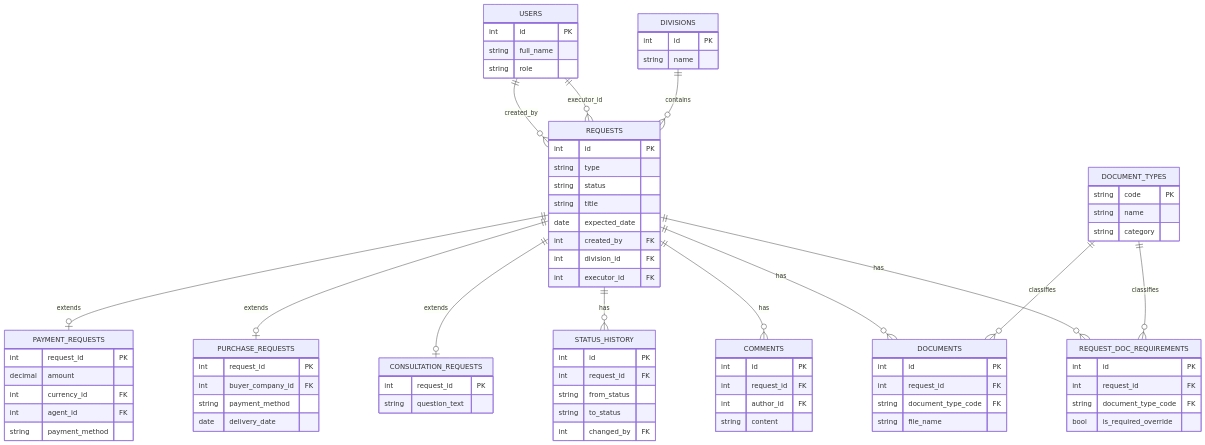
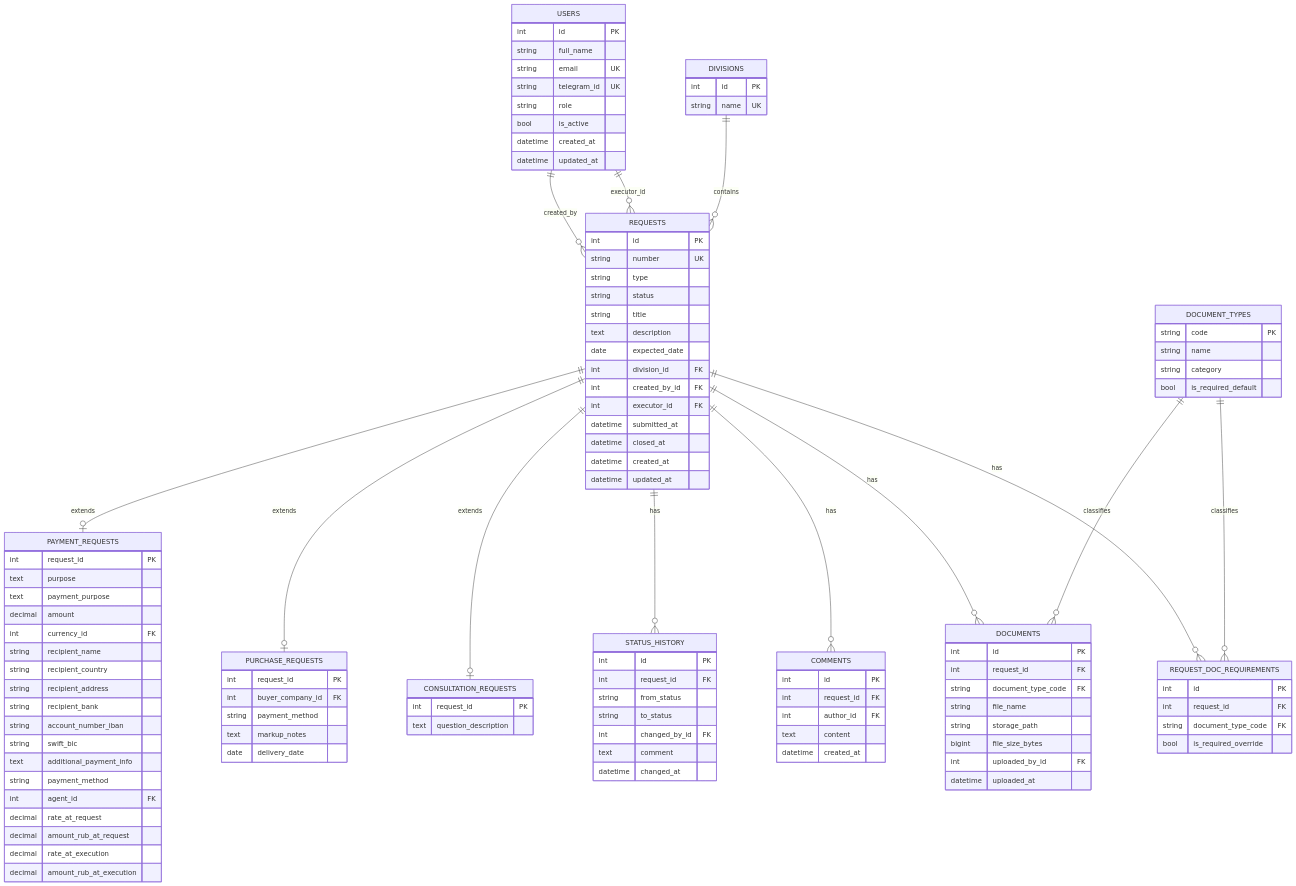
One commit to srg888/PayTracker_Vault changed the first of 2 diagrams in 06. Данные/ER модель.md. Above: the diagram before and after it, drawn with Mermaid. The commit also changed other lines of this file, not shown here.

Commit message:
ER модель: добавлены недостающие поля в диаграммы
Обновлены обе части ER-диаграммы в соответствии с реализацией:
- USERS: email, telegram_id, is_active, timestamps
- REQUESTS: number, description, submitted_at, closed_at
- PAYMENT_REQUESTS: все реквизиты, курс ЦБ (rate_at_*)
- PURCHASE_REQUESTS: markup_notes
- STATUS_HISTORY: comment
- DOCUMENTS: storage_path, file_size_bytes, uploaded_by_id
- DOCUMENT_TYPES: is_required_default
- AGENTS: is_resident, is_active
- DELEGATIONS: revoked_at
- AUDIT_LOG: field_name, old_value, new_value
- и др.

```diff
--- a/06. Данные/ER модель.md
+++ b/06. Данные/ER модель.md
@@ -24,62 +26,95 @@
   USERS {
     int id PK
     string full_name
+    string email UK
+    string telegram_id UK
     string role
+    bool is_active
+    datetime created_at
+    datetime updated_at
   }
   DIVISIONS {
     int id PK
-    string name
+    string name UK
   }
   REQUESTS {
     int id PK
+    string number UK
     string type
     string status
     string title
+    text description
     date expected_date
-    int created_by FK
     int division_id FK
+    int created_by_id FK
     int executor_id FK
+    datetime submitted_at
+    datetime closed_at
+    datetime created_at
+    datetime updated_at
   }
   PAYMENT_REQUESTS {
     int request_id PK
+    text purpose
+    text payment_purpose
     decimal amount
     int currency_id FK
+    string recipient_name
+    string recipient_country
+    string recipient_address
+    string recipient_bank
+    string account_number_iban
+    string swift_bic
+    text additional_payment_info
+    string payment_method
     int agent_id FK
-    string payment_method
+    decimal rate_at_request
+    decimal amount_rub_at_request
+    decimal rate_at_execution
+    decimal amount_rub_at_execution
   }
   PURCHASE_REQUESTS {
     int request_id PK
     int buyer_company_id FK
     string payment_method
+    text markup_notes
     date delivery_date
   }
   CONSULTATION_REQUESTS {
     int request_id PK
-    string question_text
+    text question_description
   }
   STATUS_HISTORY {
     int id PK
     int request_id FK
     string from_status
     string to_status
-    int changed_by FK
+    int changed_by_id FK
+    text comment
+    datetime changed_at
   }
   COMMENTS {
     int id PK
     int request_id FK
     int author_id FK
-    string content
+    text content
+    datetime created_at
   }
   DOCUMENT_TYPES {
     string code PK
     string name
     string category
+    bool is_required_default
   }
   DOCUMENTS {
     int id PK
     int request_id FK
     string document_type_code FK
     string file_name
+    string storage_path
+    bigint file_size_bytes
+    int uploaded_by_id FK
+    datetime uploaded_at
   }
   REQUEST_DOC_REQUIREMENTS {
     int id PK
```
